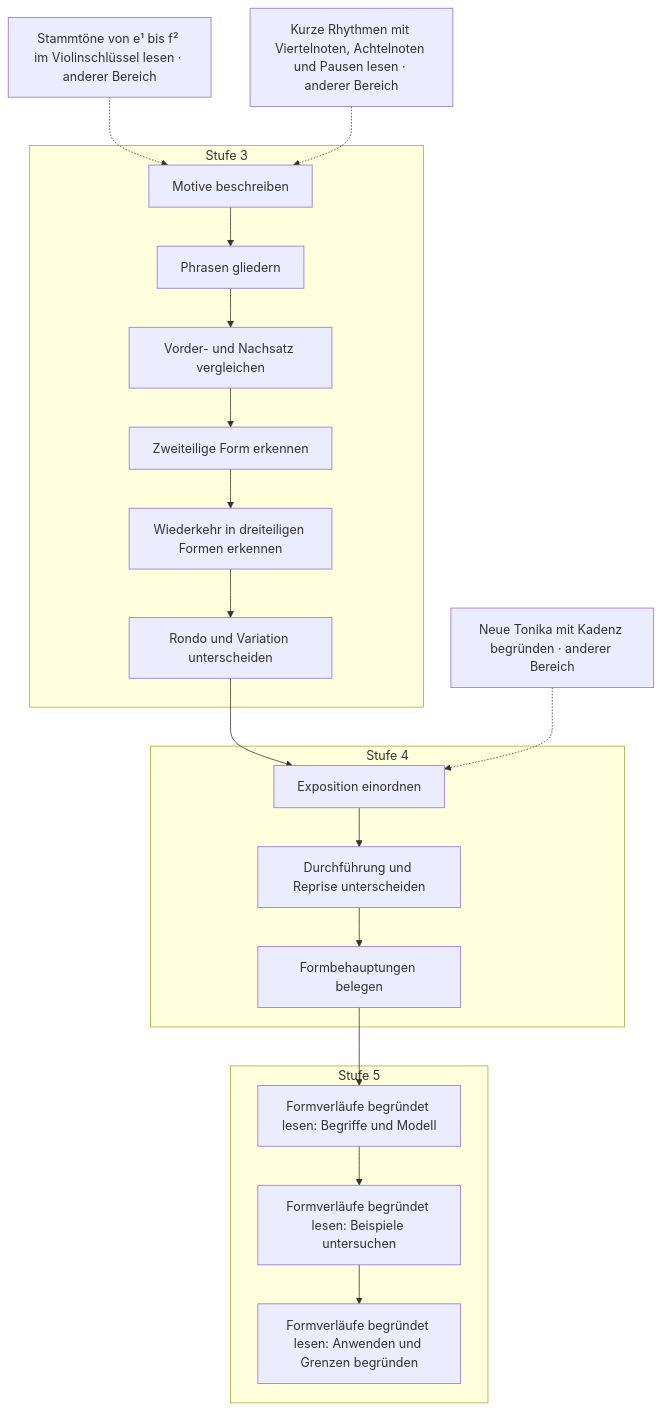
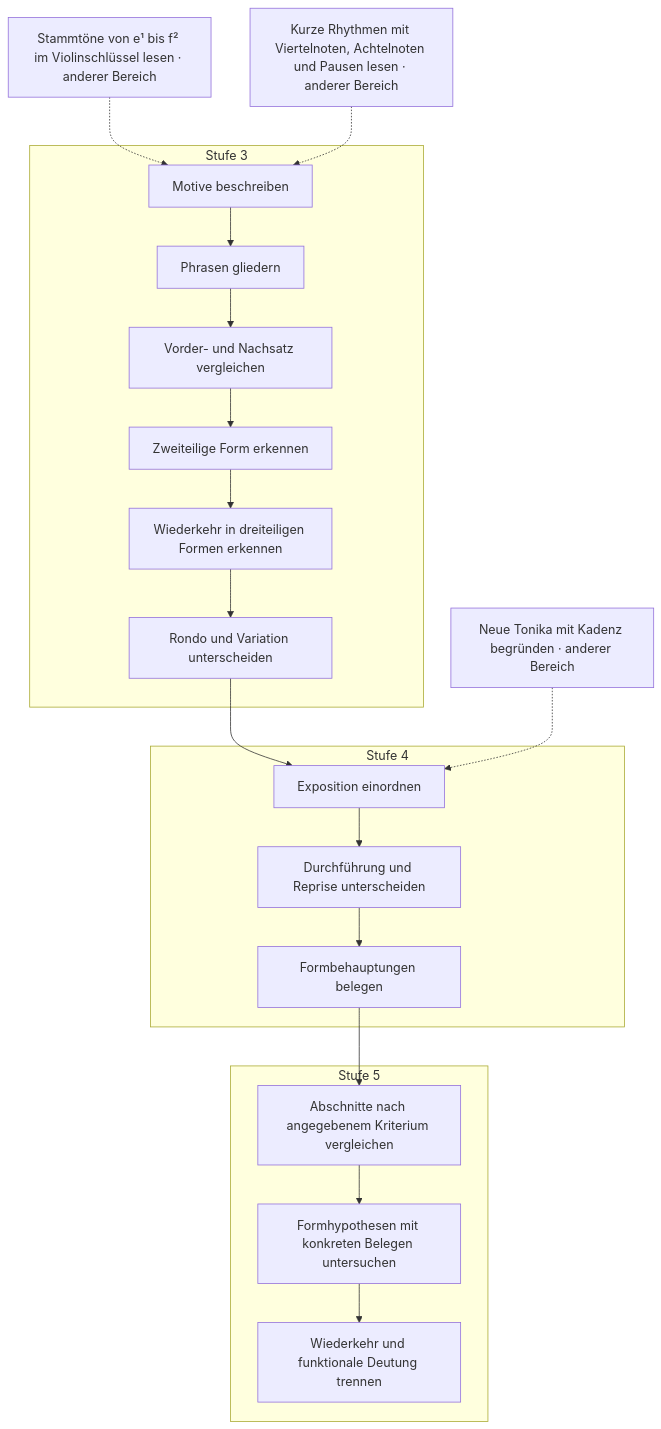
Diagram 11 of 19 in docs/plan/faehigkeitsgraph-diagramme.md (PhiFa96/harmonia), drawn with Mermaid before and after one commit. The commit also changed other lines of this file and 41 other files, not shown here.

````diff
--- a/docs/plan/faehigkeitsgraph-diagramme.md
+++ b/docs/plan/faehigkeitsgraph-diagramme.md
@@ -924,38 +924,38 @@
 ```mermaid
 flowchart TD
   subgraph level3["Stufe 3"]
     s108["Motive beschreiben"]
     s109["Phrasen gliedern"]
     s110["Vorder- und Nachsatz vergleichen"]
     s111["Zweiteilige Form erkennen"]
     s112["Wiederkehr in dreiteiligen Formen erkennen"]
     s113["Rondo und Variation unterscheiden"]
   end
   subgraph level4["Stufe 4"]
     s144["Exposition einordnen"]
     s145["Durchführung und Reprise unterscheiden"]
     s146["Formbehauptungen belegen"]
   end
   subgraph level5["Stufe 5"]
-    s181["Formverläufe begründet lesen: Begriffe und Modell"]
-    s182["Formverläufe begründet lesen: Beispiele untersuchen"]
-    s183["Formverläufe begründet lesen: Anwenden und Grenzen begründen"]
+    s181["Abschnitte nach angegebenem Kriterium vergleichen"]
+    s182["Formhypothesen mit konkreten Belegen untersuchen"]
+    s183["Wiederkehr und funktionale Deutung trennen"]
   end
   s5["Stammtöne von e¹ bis f² im Violinschlüssel lesen · anderer Bereich"]
   s21["Kurze Rhythmen mit Viertelnoten, Achtelnoten und Pausen lesen · anderer Bereich"]
   s137["Neue Tonika mit Kadenz begründen · anderer Bereich"]
   s5 -.-> s108
   s21 -.-> s108
   s108 --> s109
   s109 --> s110
   s110 --> s111
   s111 --> s112
   s112 --> s113
   s113 --> s144
   s137 -.-> s144
   s144 --> s145
   s145 --> s146
   s146 --> s181
   s181 --> s182
   s182 --> s183
 ```
````
